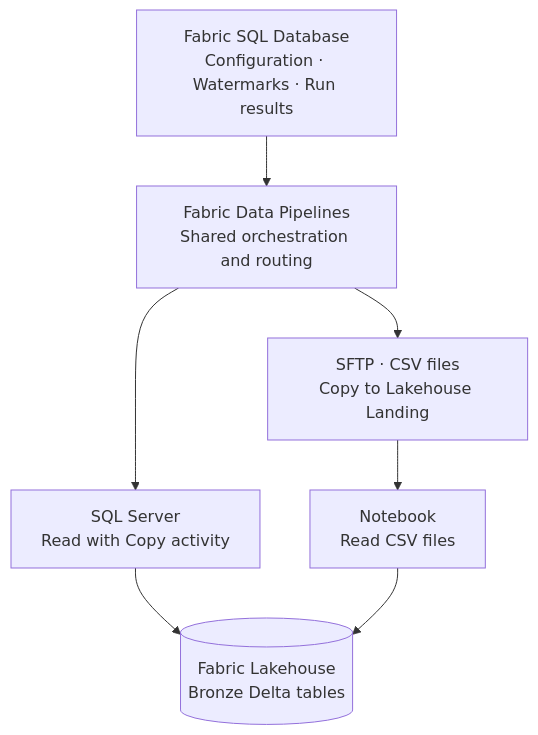
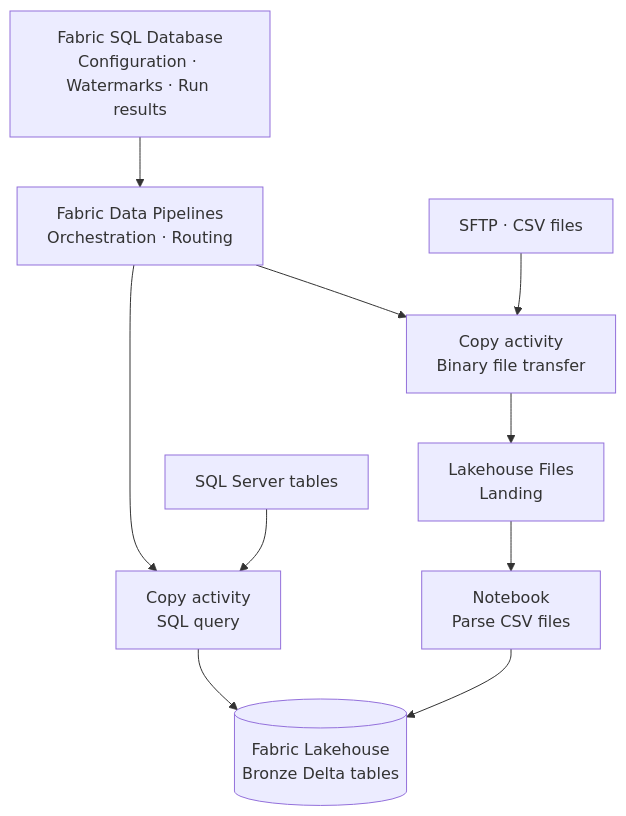
Before and after one commit to getnkit/fabric-metadata-driven-ingestion: the diagram in README.md, drawn with Mermaid. The commit also changed other lines of this file, not shown here.

Commit message:
docs: clarify production-oriented positioning and architecture diagram

````diff
--- a/README.md
+++ b/README.md
@@ -11,16 +11,20 @@
 ```mermaid
 flowchart TB
     CONTROL["Fabric SQL Database<br/>Configuration · Watermarks · Run results"]
-    ORCH["Fabric Data Pipelines<br/>Shared orchestration and routing"]
-    SQL["SQL Server<br/>Read with Copy activity"]
-    SFTP["SFTP · CSV files<br/>Copy to Lakehouse Landing"]
-    NOTEBOOK["Notebook<br/>Read CSV files"]
+    ORCH["Fabric Data Pipelines<br/>Orchestration · Routing"]
+    SQL["SQL Server tables"]
+    SFTP["SFTP · CSV files"]
+    SQL_COPY["Copy activity<br/>SQL query"]
+    SFTP_COPY["Copy activity<br/>Binary file transfer"]
+    LANDING["Lakehouse Files<br/>Landing"]
+    NOTEBOOK["Notebook<br/>Parse CSV files"]
     BRONZE[("Fabric Lakehouse<br/>Bronze Delta tables")]
 
     CONTROL --> ORCH
-    ORCH --> SQL
-    ORCH --> SFTP
-    SQL --> BRONZE
-    SFTP --> NOTEBOOK
-    NOTEBOOK --> BRONZE
+    ORCH --> SQL_COPY
+    ORCH --> SFTP_COPY
+    SQL --> SQL_COPY
+    SFTP --> SFTP_COPY
+    SQL_COPY --> BRONZE
+    SFTP_COPY --> LANDING --> NOTEBOOK --> BRONZE
 ```
````
